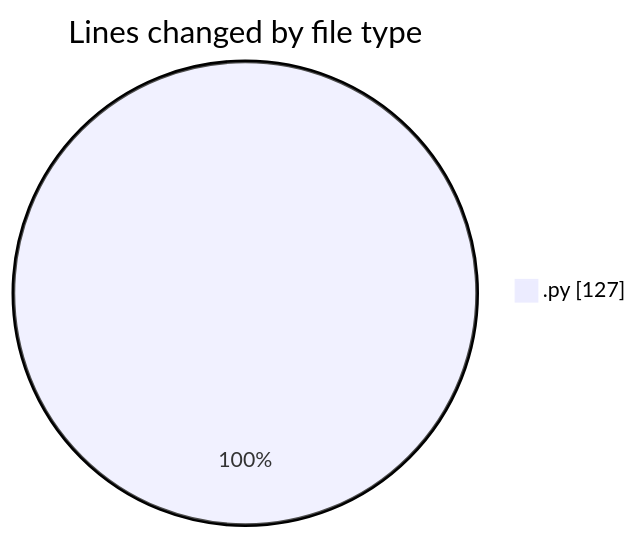
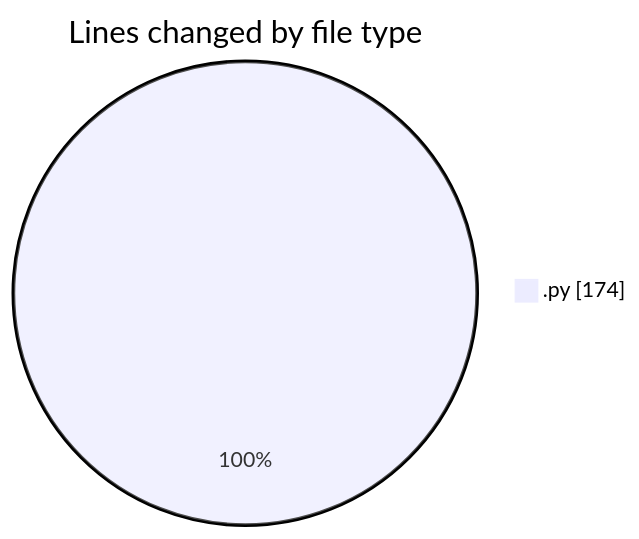
One commit to trdunsworth/code-tracking changed the first of 2 diagrams in 2025-03-26/cisp25/README.md. Above: the diagram before and after it, drawn with Mermaid. The commit also changed other lines of this file and 1 other file, not shown here.

````diff
--- a/2025-03-26/cisp25/README.md
+++ b/2025-03-26/cisp25/README.md
@@ -20,5 +20,5 @@
 ```mermaid
 pie showData
 title Lines changed by file type
-".py" : 127
+".py" : 174
 ```
````
